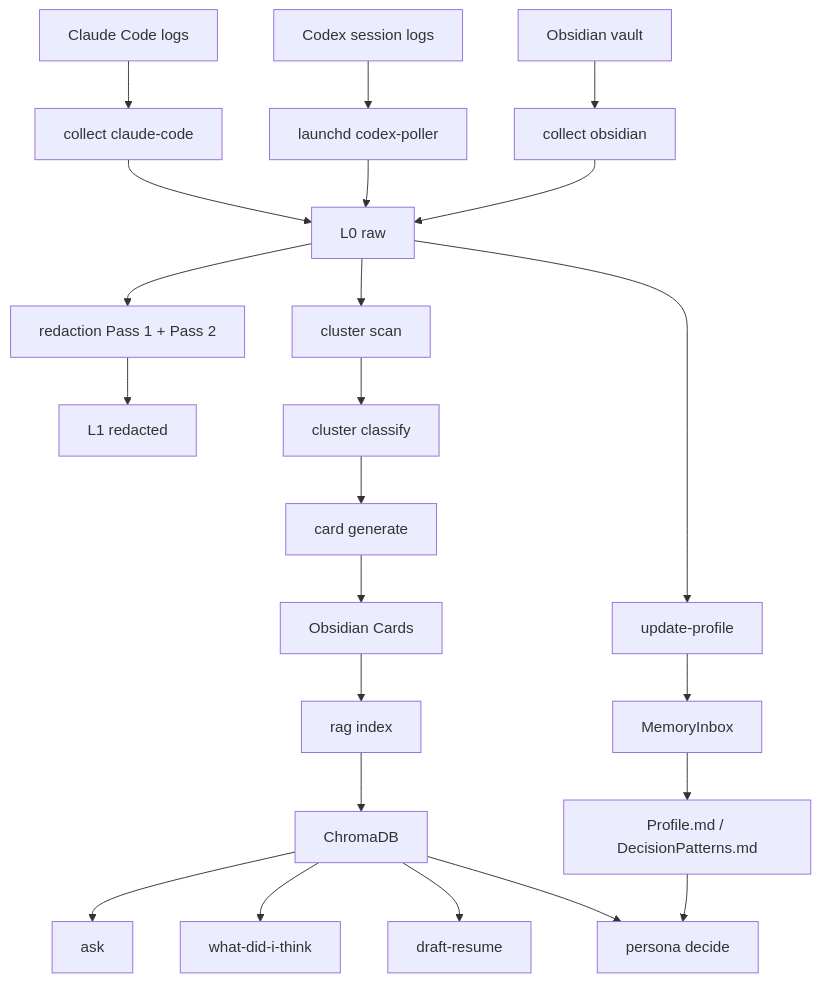
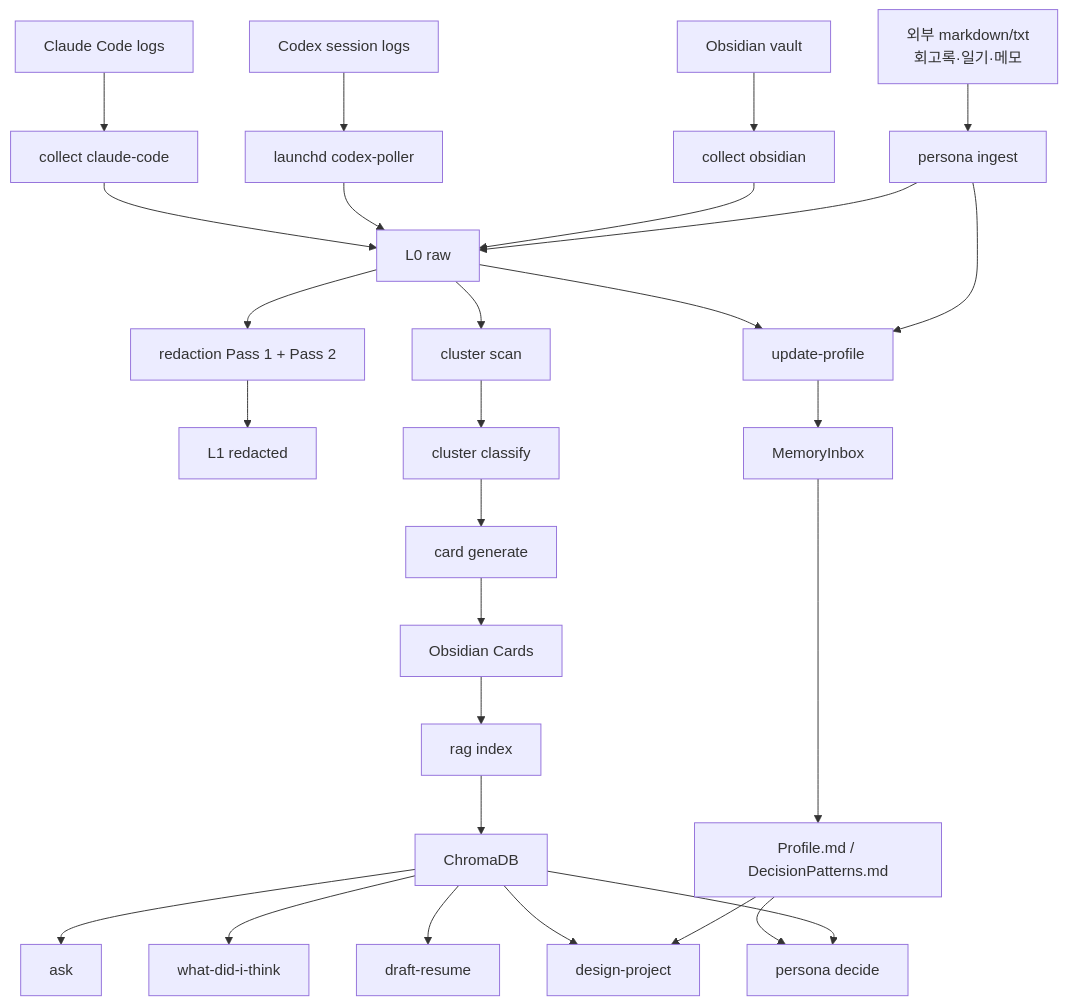
Before and after one commit to Jimmy-Jung/synapse-memory: the diagram in docs/architecture.md, drawn with Mermaid. The commit also changed other lines of this file and 7 other files, not shown here.

````diff
--- a/docs/architecture.md
+++ b/docs/architecture.md
@@ -68,25 +70,30 @@
 ```mermaid
 graph TD
     CC[Claude Code logs] --> C1[collect claude-code]
     CX[Codex session logs] --> CXP[launchd codex-poller]
     OBS[Obsidian vault] --> C2[collect obsidian]
+    EXT[외부 markdown/txt<br/>회고록·일기·메모] --> INGEST[persona ingest]
     C1 --> L0[L0 raw]
     CXP --> L0
     C2 --> L0
+    INGEST --> L0
     L0 --> RED[redaction Pass 1 + Pass 2]
     RED --> L1[L1 redacted]
     L0 --> CL[cluster scan]
     CL --> CLS[cluster classify]
     CLS --> GEN[card generate]
     GEN --> L2[Obsidian Cards]
     L2 --> IDX[rag index]
     IDX --> L3[ChromaDB]
     L3 --> ASK[ask]
     L3 --> WDT[what-did-i-think]
     L3 --> RESUME[draft-resume]
+    L3 --> DESIGN[design-project]
     L0 --> PROF[update-profile]
+    INGEST --> PROF
     PROF --> MI[MemoryInbox]
     MI --> PROFILE[Profile.md / DecisionPatterns.md]
     PROFILE --> DECIDE[persona decide]
+    PROFILE --> DESIGN
     L3 --> DECIDE
 ```
````
